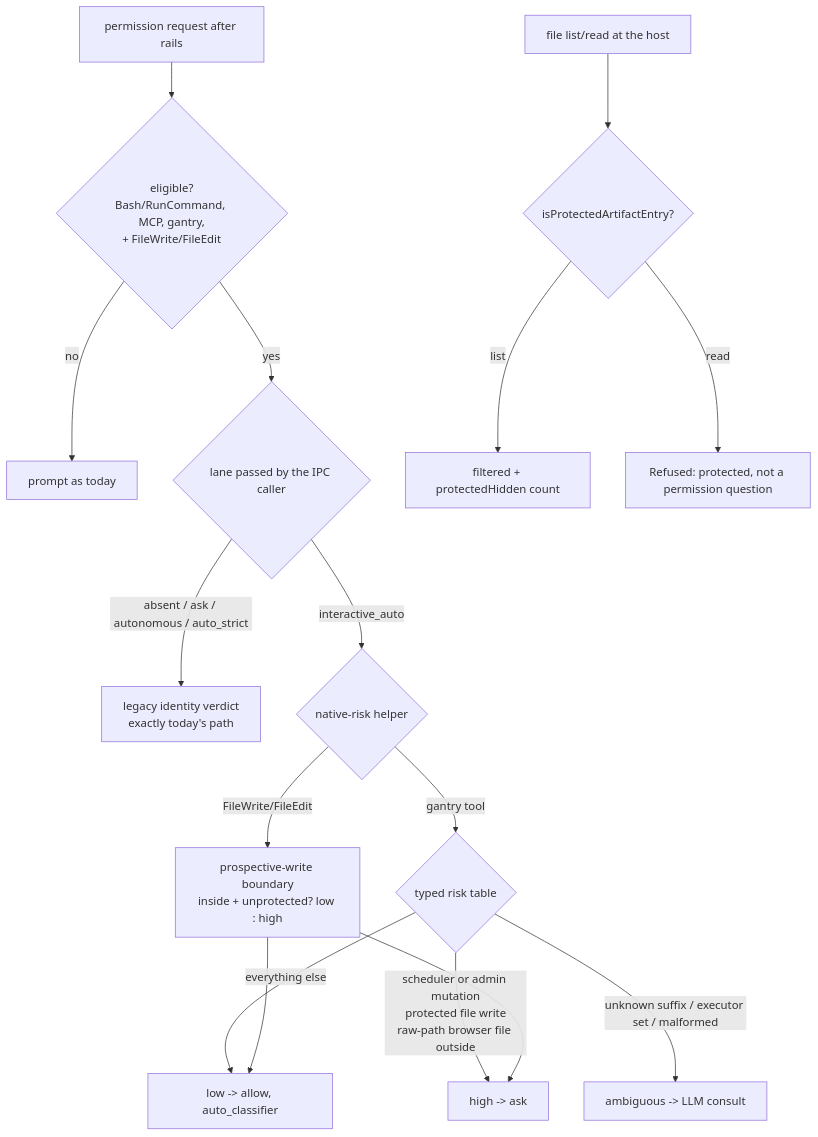
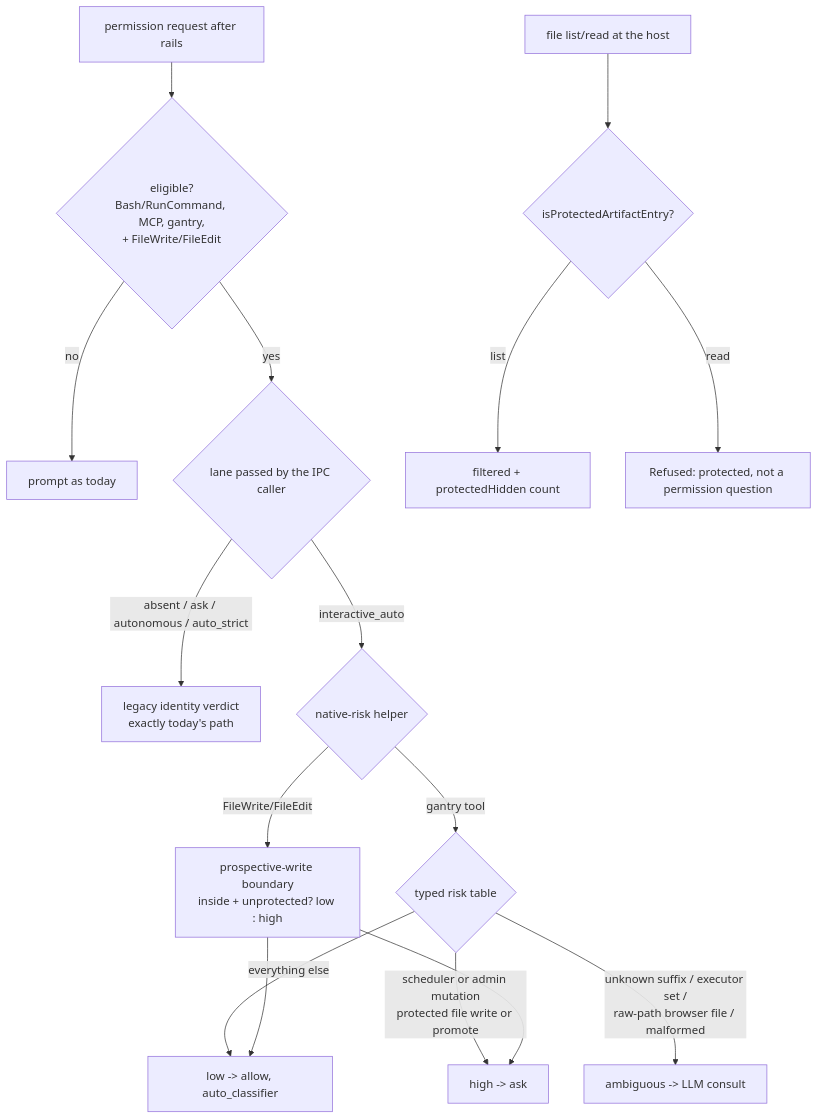
The diagram in plans/exploration/askfloor-1-t2b-taskplan.md (knacklabs/gantry), drawn with Mermaid before and after one commit. The commit also changed other lines of this file and 18 other files, not shown here.

Commit message:
plan(ASKFLOOR-1-T2b): fold grill r4 — owner ruling: raw-path browser file actions ambiguous (0155 amendment bullet 5); pure sync risk table; citations fixed; r5 brief

````diff
--- a/plans/exploration/askfloor-1-t2b-taskplan.md
+++ b/plans/exploration/askfloor-1-t2b-taskplan.md
@@ -40,18 +40,18 @@
 ```mermaid
 flowchart TD
   R[permission request after rails] --> E{eligible?\nBash/RunCommand, MCP, gantry,\n+ FileWrite/FileEdit}
   E -- no --> P[prompt as today]
   E -- yes --> L{lane passed by the IPC caller}
   L -- absent / ask / autonomous / auto_strict --> LEG[legacy identity verdict\nexactly today's path]
   L -- interactive_auto --> N{native-risk helper}
   N -- FileWrite/FileEdit --> W[prospective-write boundary\ninside + unprotected? low : high]
   N -- gantry tool --> T{typed risk table}
-  T -- unknown suffix / executor set / malformed --> A[ambiguous -> LLM consult]
-  T -- scheduler or admin mutation\nprotected file write\nraw-path browser file outside --> H[high -> ask]
+  T -- unknown suffix / executor set /\nraw-path browser file / malformed --> A[ambiguous -> LLM consult]
+  T -- scheduler or admin mutation\nprotected file write or promote --> H[high -> ask]
   T -- everything else --> LO[low -> allow, auto_classifier]
   W --> LO
   W --> H
   F[file list/read at the host] --> X{isProtectedArtifactEntry?}
   X -- list --> C[filtered + protectedHidden count]
   X -- read --> D[Refused: protected, not a permission question]
 ```
````
